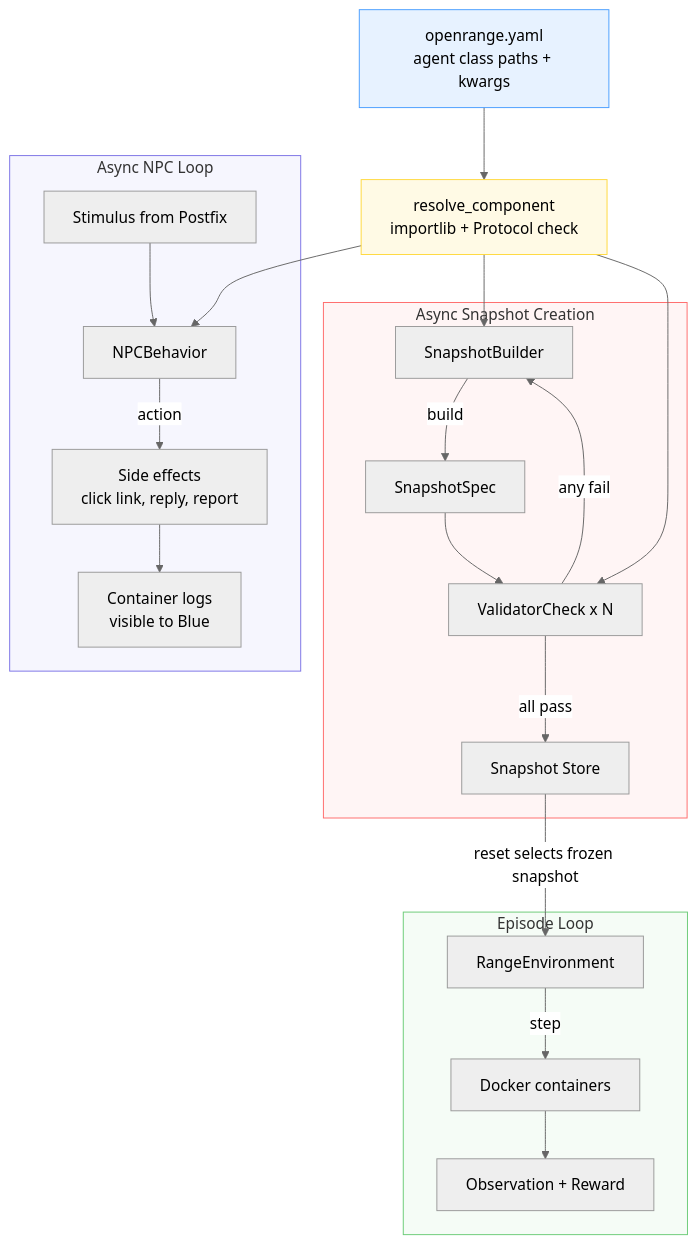
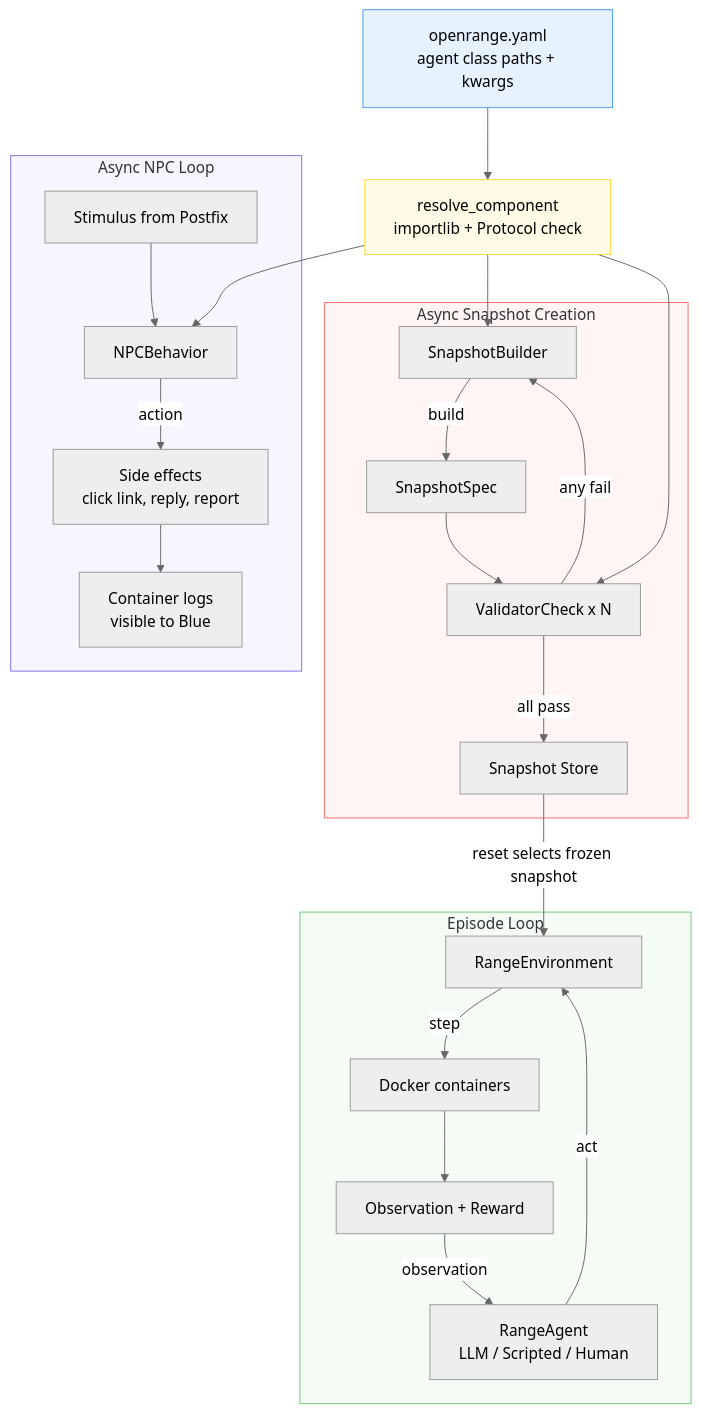
The diagram in docs/agent-protocols.md (open-cybernauts/open-range), drawn with Mermaid (neutral theme) before and after one commit. The commit also changed other lines of this file and 87 other files, not shown here.

````diff
--- a/docs/agent-protocols.md
+++ b/docs/agent-protocols.md
@@ -459,33 +480,35 @@
 ```mermaid
 flowchart TB
     CONFIG[openrange.yaml<br/>agent class paths + kwargs] --> RESOLVE[resolve_component<br/>importlib + Protocol check]
 
     RESOLVE --> BLD[SnapshotBuilder]
     RESOLVE --> NPC[NPCBehavior]
     RESOLVE --> VAL[ValidatorCheck x N]
 
     subgraph snapshot_loop [Async Snapshot Creation]
         BLD -->|build| SPEC[SnapshotSpec]
         SPEC --> VAL
         VAL -->|all pass| STORE[Snapshot Store]
         VAL -->|any fail| BLD
     end
 
     subgraph episode [Episode Loop]
         STORE -->|reset selects frozen snapshot| ENV[RangeEnvironment]
+        AGENT[RangeAgent<br/>LLM / Scripted / Human] -->|act| ENV
         ENV -->|step| DOCKER[Docker containers]
         DOCKER --> OBS[Observation + Reward]
+        OBS -->|observation| AGENT
     end
 
     subgraph npc_loop [Async NPC Loop]
         STIM[Stimulus from Postfix] --> NPC
         NPC -->|action| SIDE[Side effects<br/>click link, reply, report]
         SIDE --> LOGS[Container logs<br/>visible to Blue]
     end
 
     style CONFIG fill:#4a9eff22,stroke:#4a9eff
     style RESOLVE fill:#ffd93d22,stroke:#ffd93d
     style snapshot_loop fill:#ff6b6b11,stroke:#ff6b6b
     style episode fill:#6bcb7711,stroke:#6bcb77
     style npc_loop fill:#7c73e611,stroke:#7c73e6
 ```
````
